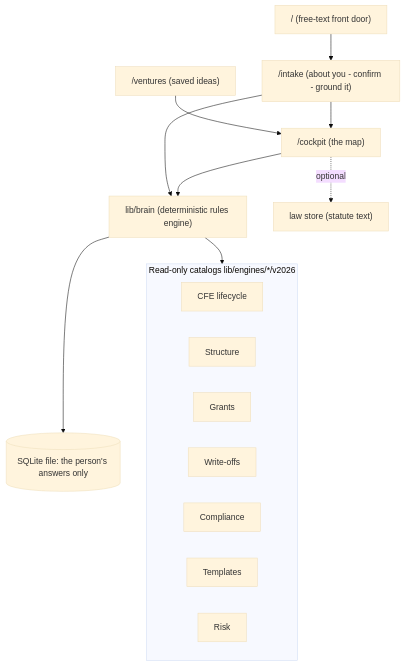
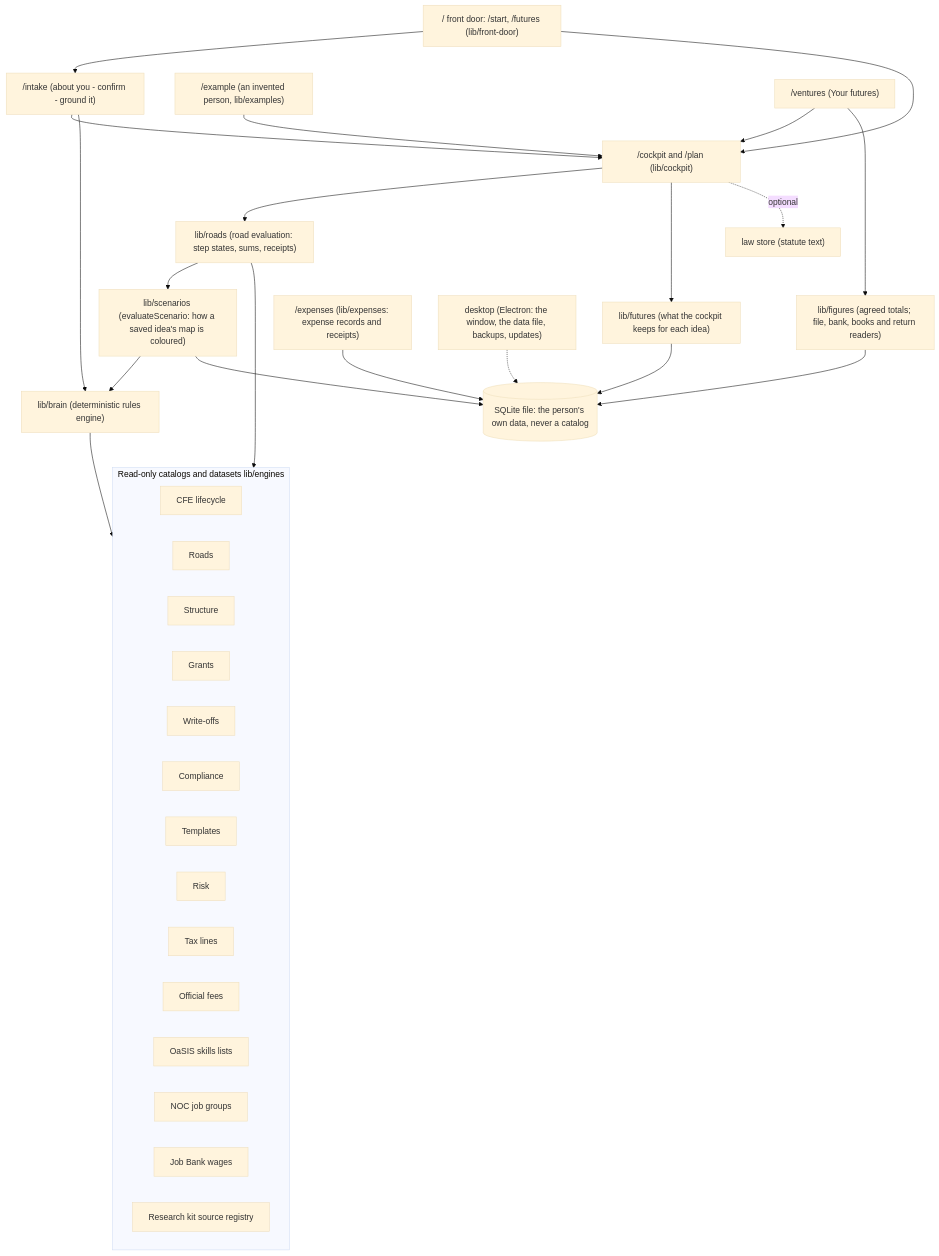
Before and after one commit to Dot-Ami/dotami: the diagram in docs/architecture/overview.md, drawn with Mermaid (base theme). The commit also changed other lines of this file and 13 other files, not shown here.

````diff
--- a/docs/architecture/overview.md
+++ b/docs/architecture/overview.md
@@ -7,20 +10,38 @@
 ```mermaid
 flowchart TB
-  Landing["/ (free-text front door)"] --> Intake["/intake (about you - confirm - ground it)"]
-  Intake --> Cockpit["/cockpit (the map)"]
-  Ventures["/ventures (saved ideas)"] --> Cockpit
-  Cockpit --> Brain["lib/brain (deterministic rules engine)"]
+  Front["/ front door: /start, /futures (lib/front-door)"] --> Intake["/intake (about you - confirm - ground it)"]
+  Intake --> Cockpit["/cockpit and /plan (lib/cockpit)"]
+  Front --> Cockpit
+  Example["/example (an invented person, lib/examples)"] --> Cockpit
+  Ventures["/ventures (Your futures)"] --> Cockpit
+  Cockpit --> Roads["lib/roads (road evaluation: step states, sums, receipts)"]
+  Roads --> Scenarios["lib/scenarios (evaluateScenario: how a saved idea's map is coloured)"]
+  Scenarios --> Brain["lib/brain (deterministic rules engine)"]
   Intake --> Brain
   Brain --> engines
-  subgraph engines [Read-only catalogs lib/engines/*/v2026]
+  Roads --> engines
+  subgraph engines [Read-only catalogs and datasets lib/engines]
     CFE[CFE lifecycle]
+    RoadsCatalog[Roads]
     Structure[Structure]
     Grants[Grants]
     Writeoffs[Write-offs]
     Compliance[Compliance]
     Templates[Templates]
     Risk[Risk]
+    Taxlines[Tax lines]
+    Fees[Official fees]
+    Oasis[OaSIS skills lists]
+    Noc[NOC job groups]
+    Wages[Job Bank wages]
+    ResearchKit[Research kit source registry]
   end
-  Brain --> DB[(SQLite file: the person's answers only)]
+  Scenarios --> DB[(SQLite file: the person's own data, never a catalog)]
+  Cockpit --> Futures["lib/futures (what the cockpit keeps for each idea)"]
+  Ventures --> Figures["lib/figures (agreed totals; file, bank, books and return readers)"]
+  ExpensesPage["/expenses (lib/expenses: expense records and receipts)"] --> DB
+  Futures --> DB
+  Figures --> DB
+  Desktop["desktop (Electron: the window, the data file, backups, updates)"] -.-> DB
   Cockpit -. optional .-> Law["law store (statute text)"]
 ```
````
